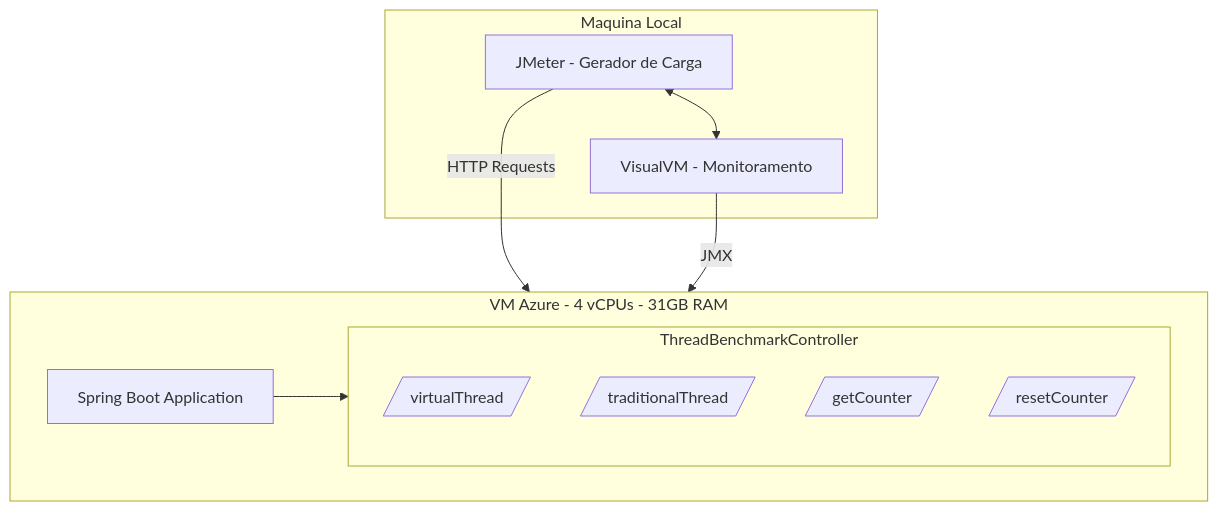
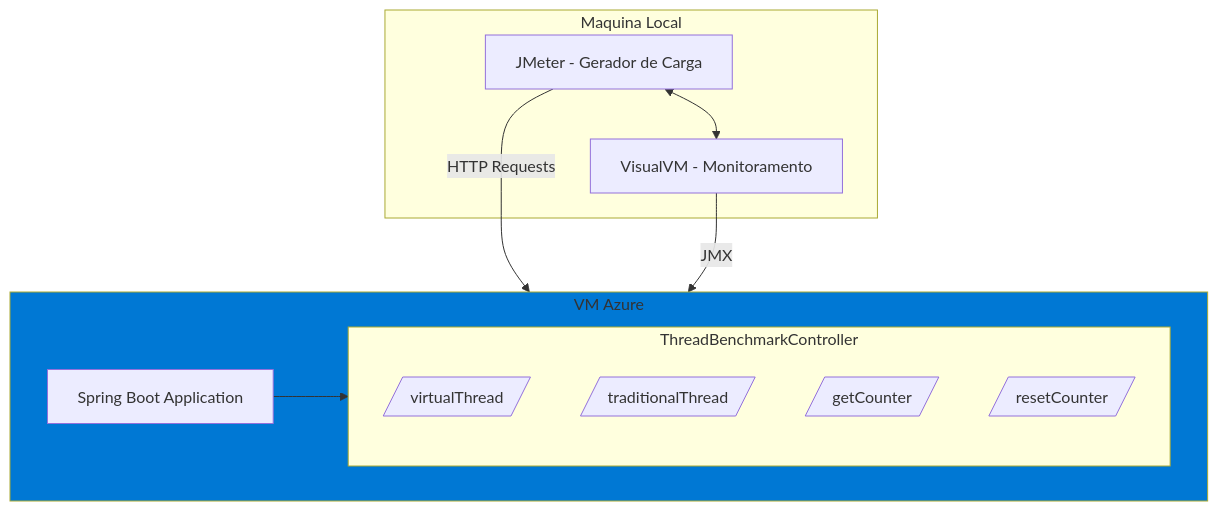
Before and after one commit to StephanyeCunto/TCC_Java_Thread_Benchmark: the second of 3 diagrams in README.md, drawn with Mermaid. The commit also changed other lines of this file, not shown here.

````diff
--- a/README.md
+++ b/README.md
@@ -216,29 +273,31 @@
 ```mermaid
 flowchart TB
 
     %% BLOCO SUPERIOR
     subgraph LOCAL["Maquina Local"]
         JM[JMeter - Gerador de Carga]
         VM[VisualVM - Monitoramento]
     end
 
     JM <--> VM
 
     JM -->|HTTP Requests|AZURE
     VM -->|JMX| AZURE
 
     %% BLOCO INFERIOR
-    subgraph AZURE["VM Azure - 4 vCPUs - 31GB RAM"]
+    subgraph AZURE["VM Azure"]
         APP[Spring Boot Application]
 
         subgraph CTRL["ThreadBenchmarkController"]
             C1[/virtualThread/]
             C2[/traditionalThread/]
             C3[/getCounter/]
             C4[/resetCounter/]
         end
     end
 
     APP --> CTRL
 
+   style AZURE fill:#0078D4
+
 ```
````
